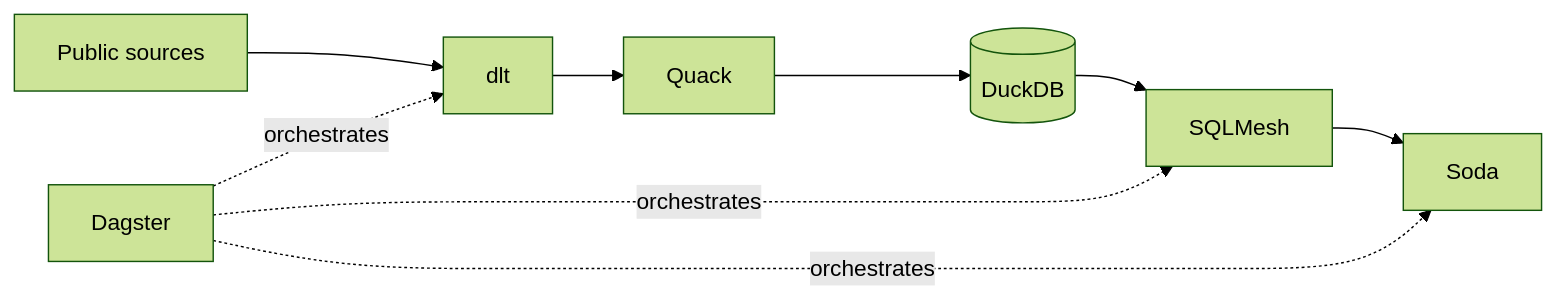
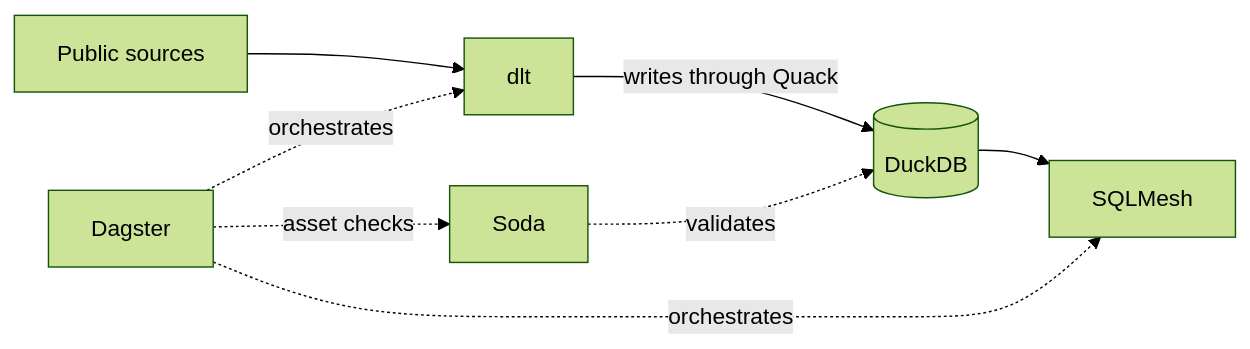
The first of 2 diagrams in README.md (Doctacon/databox), drawn with Mermaid (forest theme) before and after one commit. The commit also changed other lines of this file, not shown here.

````diff
--- a/README.md
+++ b/README.md
@@ -12,8 +12,10 @@
 ```mermaid
 flowchart LR
-    sources[Public sources] --> dlt[dlt] --> quack[Quack] --> duckdb[(DuckDB)]
-    duckdb --> sqlmesh[SQLMesh] --> soda[Soda]
+    sources[Public sources] --> dlt[dlt]
+    dlt -->|writes through Quack| duckdb[(DuckDB)]
+    duckdb --> sqlmesh[SQLMesh]
+    soda[Soda] -. validates .-> duckdb
     dagster[Dagster] -. orchestrates .-> dlt
     dagster -. orchestrates .-> sqlmesh
-    dagster -. orchestrates .-> soda
+    dagster -. asset checks .-> soda
 ```
````
